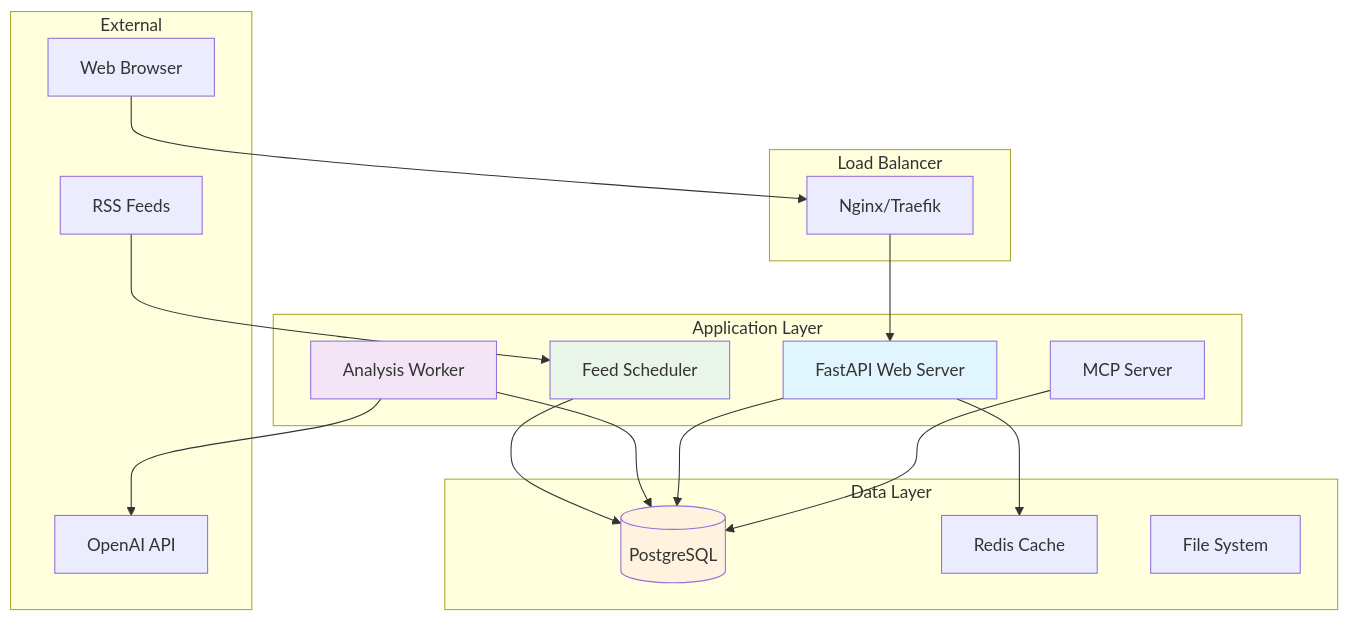
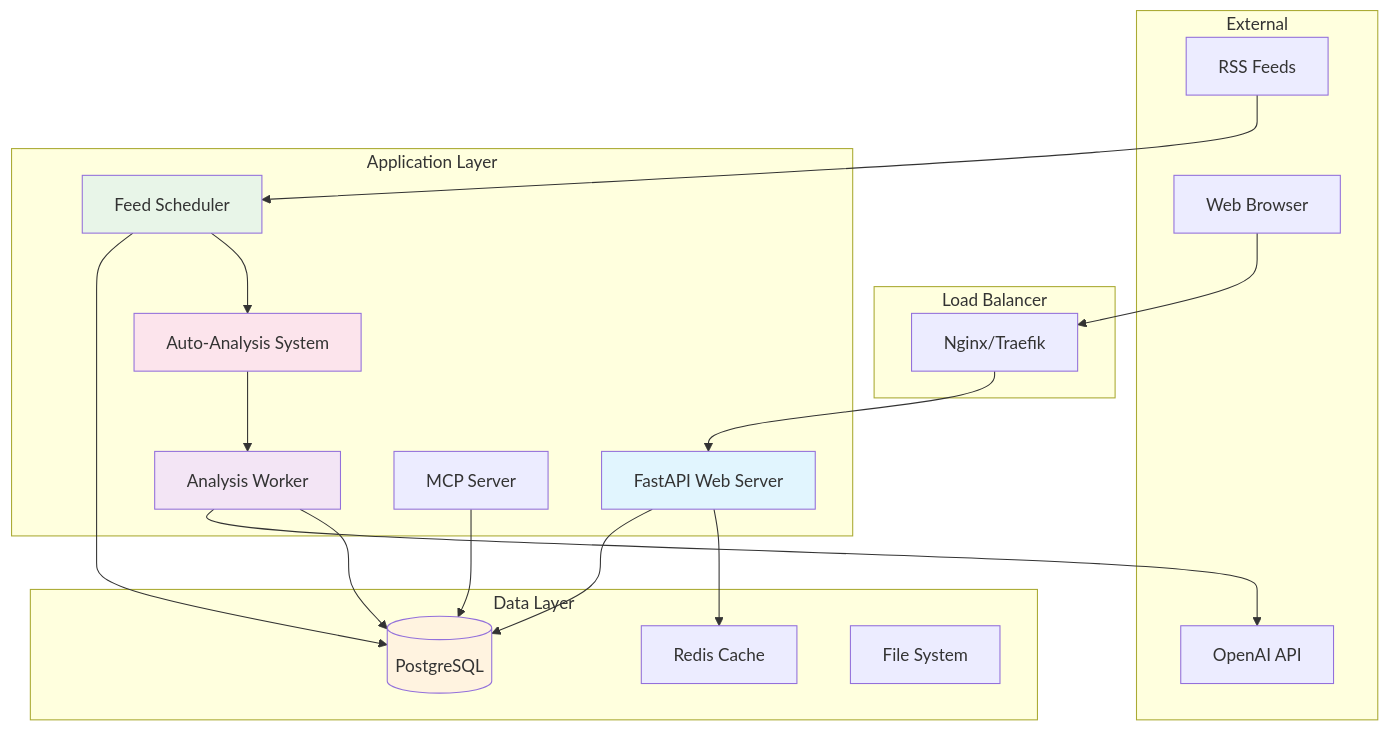
The first of 5 diagrams in docs/ARCHITECTURE.md (Vishwaflr/news-mcp), drawn with Mermaid before and after one commit. The commit also changed other lines of this file and 18 other files, not shown here.

First line of the commit message:
📚 v3.1.0 - Comprehensive Documentation Update & Auto-Analysis Integration

````diff
--- a/docs/ARCHITECTURE.md
+++ b/docs/ARCHITECTURE.md
@@ -9,40 +9,44 @@
 ```mermaid
 graph TB
     subgraph "External"
         RSS[RSS Feeds]
         OpenAI[OpenAI API]
         User[Web Browser]
     end
 
     subgraph "Load Balancer"
         LB[Nginx/Traefik]
     end
 
     subgraph "Application Layer"
         Web[FastAPI Web Server]
         Worker[Analysis Worker]
         Scheduler[Feed Scheduler]
+        AutoAnalysis[Auto-Analysis System]
         MCP[MCP Server]
     end
 
     subgraph "Data Layer"
         DB[(PostgreSQL)]
         Cache[Redis Cache]
         FS[File System]
     end
 
     User --> LB
     LB --> Web
     RSS --> Scheduler
     Scheduler --> DB
+    Scheduler --> AutoAnalysis
+    AutoAnalysis --> Worker
     Worker --> OpenAI
     Worker --> DB
     Web --> DB
     Web --> Cache
     MCP --> DB
 
     style Web fill:#e1f5fe
     style Worker fill:#f3e5f5
     style Scheduler fill:#e8f5e8
+    style AutoAnalysis fill:#fce4ec
     style DB fill:#fff3e0
 ```
````
